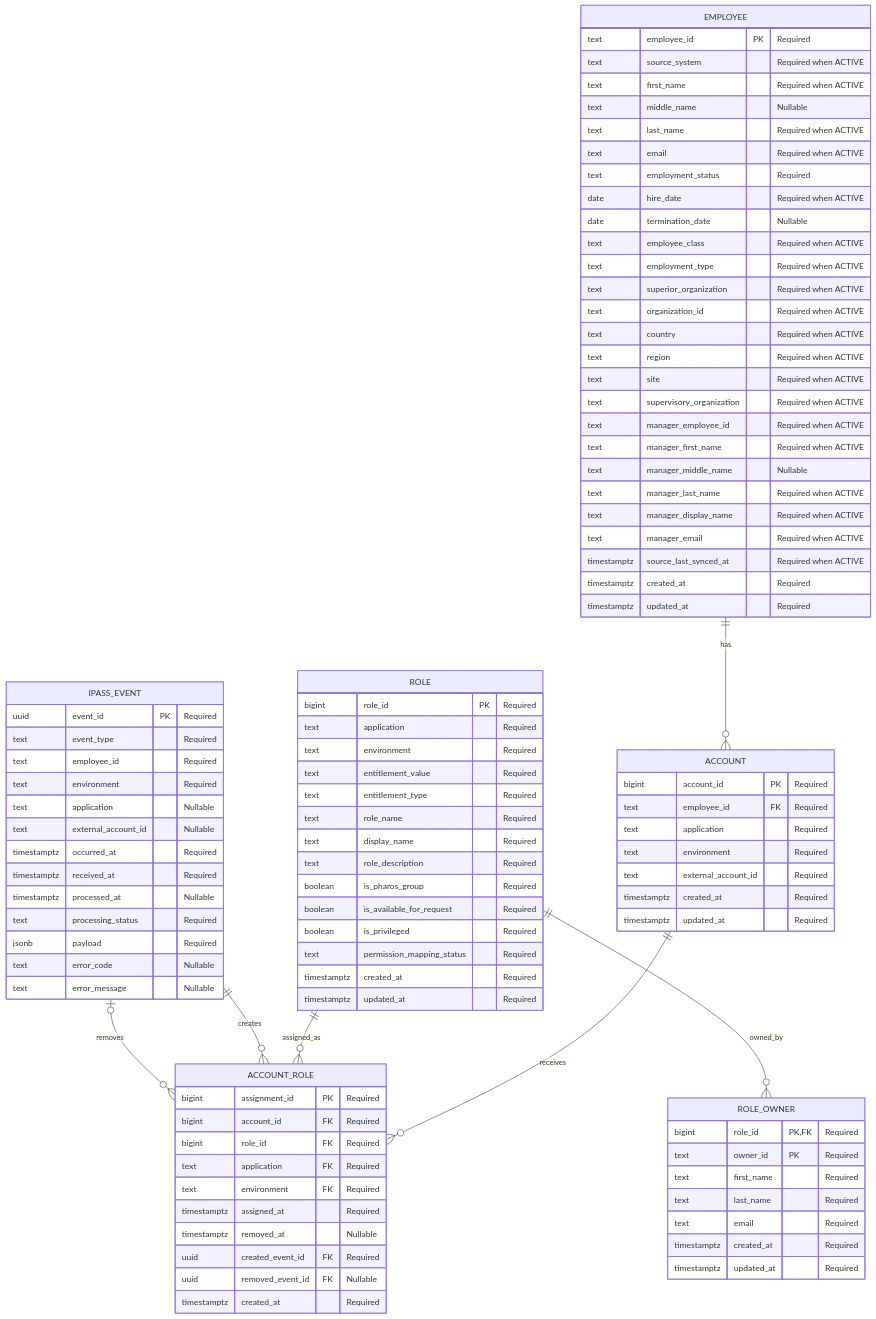
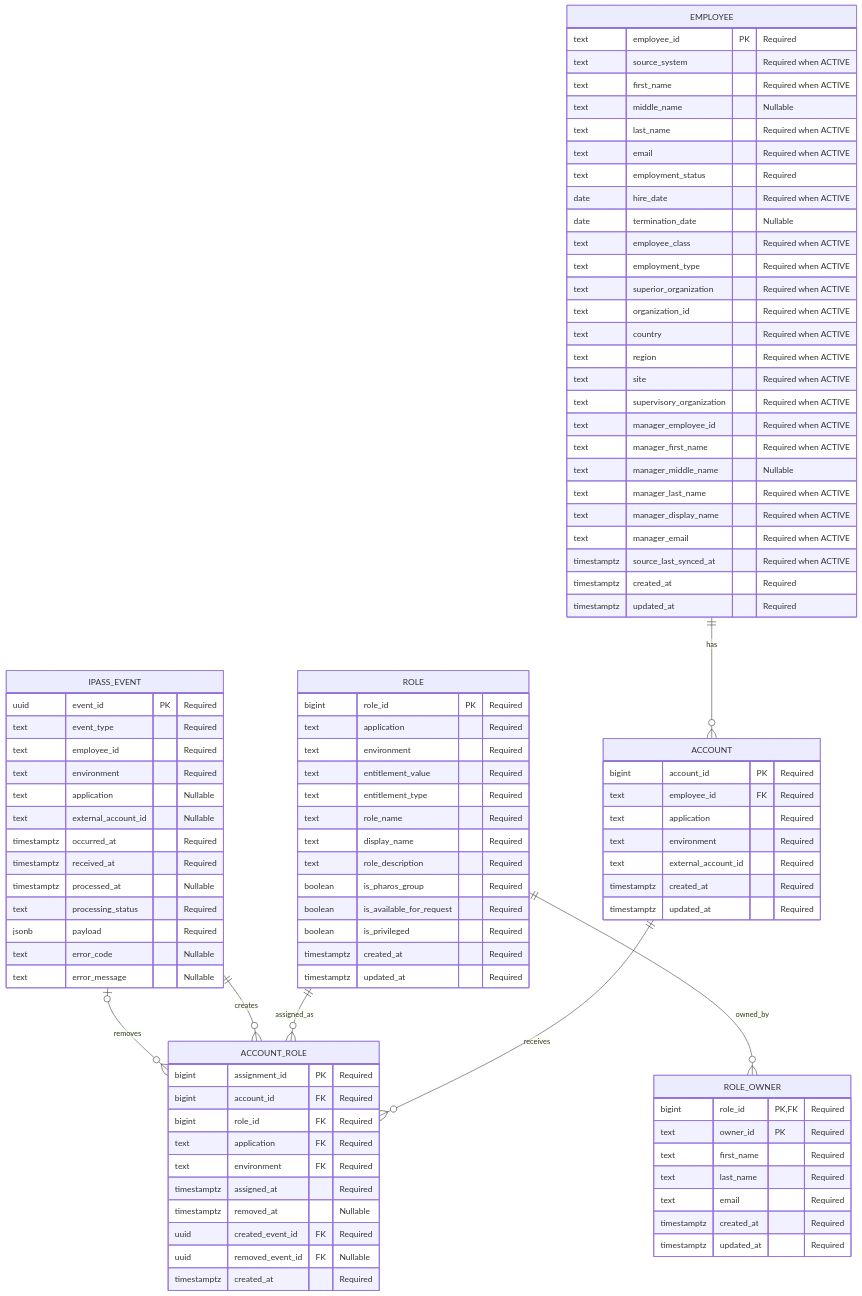
The diagram in docs/pharos-ingestion-full-erd.mmd (bvm-arjun108/user-access-management), drawn with Mermaid before and after one commit. The commit also changed 14 other files, not shown here.

```diff
--- a/docs/pharos-ingestion-full-erd.mmd
+++ b/docs/pharos-ingestion-full-erd.mmd
@@ -1,102 +1,101 @@
 erDiagram
     EMPLOYEE ||--o{ ACCOUNT : has
     ACCOUNT ||--o{ ACCOUNT_ROLE : receives
     ROLE ||--o{ ACCOUNT_ROLE : assigned_as
     ROLE ||--o{ ROLE_OWNER : owned_by
     IPASS_EVENT ||--o{ ACCOUNT_ROLE : creates
     IPASS_EVENT o|--o{ ACCOUNT_ROLE : removes
 
     EMPLOYEE {
         text employee_id PK "Required"
         text source_system "Required when ACTIVE"
         text first_name "Required when ACTIVE"
         text middle_name "Nullable"
         text last_name "Required when ACTIVE"
         text email "Required when ACTIVE"
         text employment_status "Required"
         date hire_date "Required when ACTIVE"
         date termination_date "Nullable"
         text employee_class "Required when ACTIVE"
         text employment_type "Required when ACTIVE"
         text superior_organization "Required when ACTIVE"
         text organization_id "Required when ACTIVE"
         text country "Required when ACTIVE"
         text region "Required when ACTIVE"
         text site "Required when ACTIVE"
         text supervisory_organization "Required when ACTIVE"
         text manager_employee_id "Required when ACTIVE"
         text manager_first_name "Required when ACTIVE"
         text manager_middle_name "Nullable"
         text manager_last_name "Required when ACTIVE"
         text manager_display_name "Required when ACTIVE"
         text manager_email "Required when ACTIVE"
         timestamptz source_last_synced_at "Required when ACTIVE"
         timestamptz created_at "Required"
         timestamptz updated_at "Required"
     }
 
     ACCOUNT {
         bigint account_id PK "Required"
         text employee_id FK "Required"
         text application "Required"
         text environment "Required"
         text external_account_id "Required"
         timestamptz created_at "Required"
         timestamptz updated_at "Required"
     }
 
     ROLE {
         bigint role_id PK "Required"
         text application "Required"
         text environment "Required"
         text entitlement_value "Required"
         text entitlement_type "Required"
         text role_name "Required"
         text display_name "Required"
         text role_description "Required"
         boolean is_pharos_group "Required"
         boolean is_available_for_request "Required"
         boolean is_privileged "Required"
-        text permission_mapping_status "Required"
         timestamptz created_at "Required"
         timestamptz updated_at "Required"
     }
 
     ROLE_OWNER {
         bigint role_id PK,FK "Required"
         text owner_id PK "Required"
         text first_name "Required"
         text last_name "Required"
         text email "Required"
         timestamptz created_at "Required"
         timestamptz updated_at "Required"
     }
 
     IPASS_EVENT {
         uuid event_id PK "Required"
         text event_type "Required"
         text employee_id "Required"
         text environment "Required"
         text application "Nullable"
         text external_account_id "Nullable"
         timestamptz occurred_at "Required"
         timestamptz received_at "Required"
         timestamptz processed_at "Nullable"
         text processing_status "Required"
         jsonb payload "Required"
         text error_code "Nullable"
         text error_message "Nullable"
     }
 
     ACCOUNT_ROLE {
         bigint assignment_id PK "Required"
         bigint account_id FK "Required"
         bigint role_id FK "Required"
         text application FK "Required"
         text environment FK "Required"
         timestamptz assigned_at "Required"
         timestamptz removed_at "Nullable"
         uuid created_event_id FK "Required"
         uuid removed_event_id FK "Nullable"
         timestamptz created_at "Required"
     }
```
